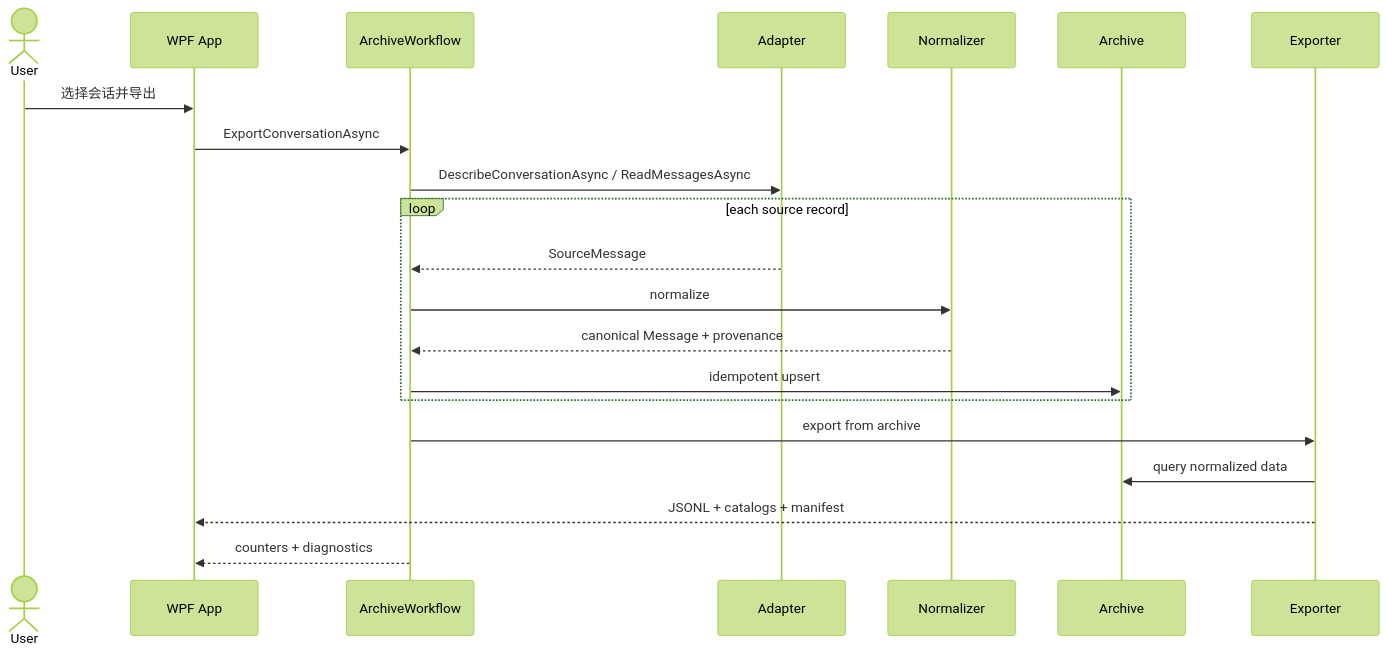
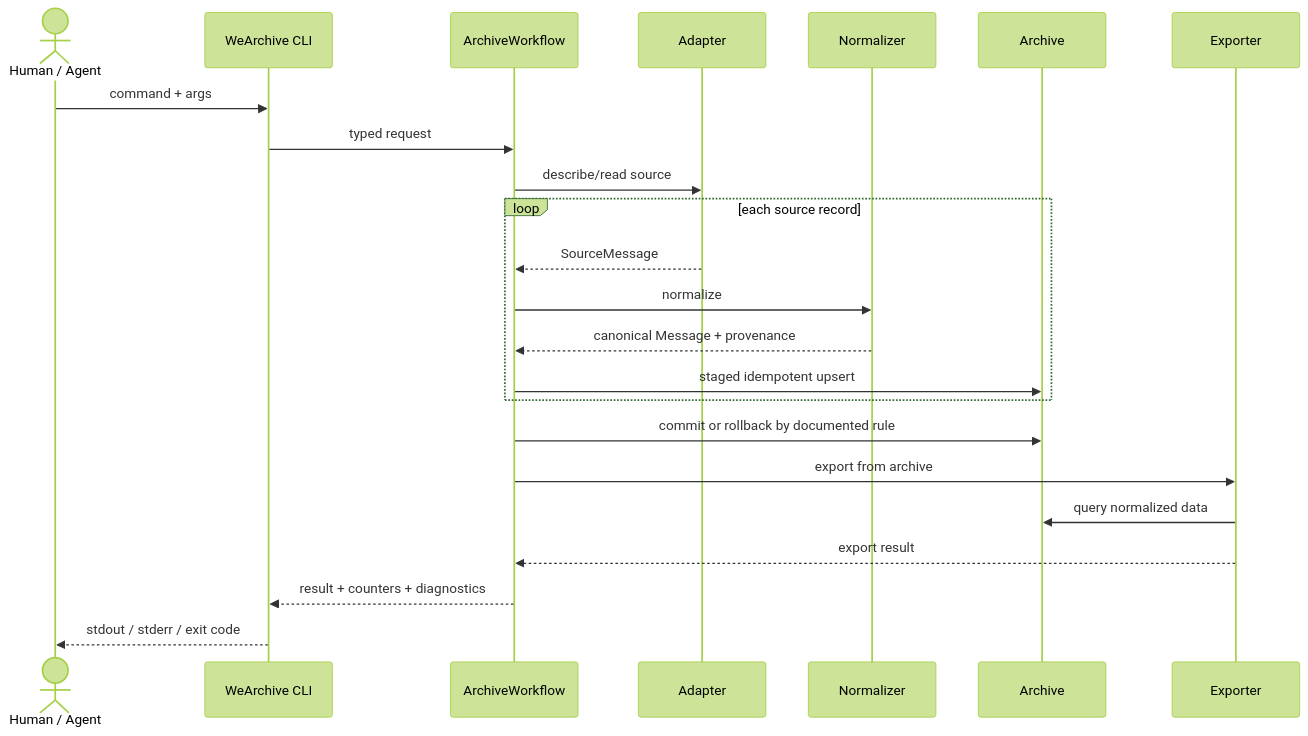
Before and after one commit to lybym/WeArchive: the second of 2 diagrams in docs/ARCHITECTURE.md, drawn with Mermaid (forest theme). The commit also changed other lines of this file and 8 other files, not shown here.

First line of the commit message:
docs: pivot WeArchive to CLI-first product surface (#12)

````diff
--- a/docs/ARCHITECTURE.md
+++ b/docs/ARCHITECTURE.md
@@ -261,24 +273,26 @@
 ```mermaid
 sequenceDiagram
-    actor User
-    participant App as WPF App
+    actor Caller as Human / Agent
+    participant CLI as WeArchive CLI
     participant Workflow as ArchiveWorkflow
     participant Adapter
     participant Normalizer
     participant Archive
     participant Exporter
 
-    User->>App: 选择会话并导出
-    App->>Workflow: ExportConversationAsync
-    Workflow->>Adapter: DescribeConversationAsync / ReadMessagesAsync
+    Caller->>CLI: command + args
+    CLI->>Workflow: typed request
+    Workflow->>Adapter: describe/read source
     loop each source record
         Adapter-->>Workflow: SourceMessage
         Workflow->>Normalizer: normalize
         Normalizer-->>Workflow: canonical Message + provenance
-        Workflow->>Archive: idempotent upsert
+        Workflow->>Archive: staged idempotent upsert
     end
+    Workflow->>Archive: commit or rollback by documented rule
     Workflow->>Exporter: export from archive
     Exporter->>Archive: query normalized data
-    Exporter-->>App: JSONL + catalogs + manifest
-    Workflow-->>App: counters + diagnostics
+    Exporter-->>Workflow: export result
+    Workflow-->>CLI: result + counters + diagnostics
+    CLI-->>Caller: stdout / stderr / exit code
 ```
````
